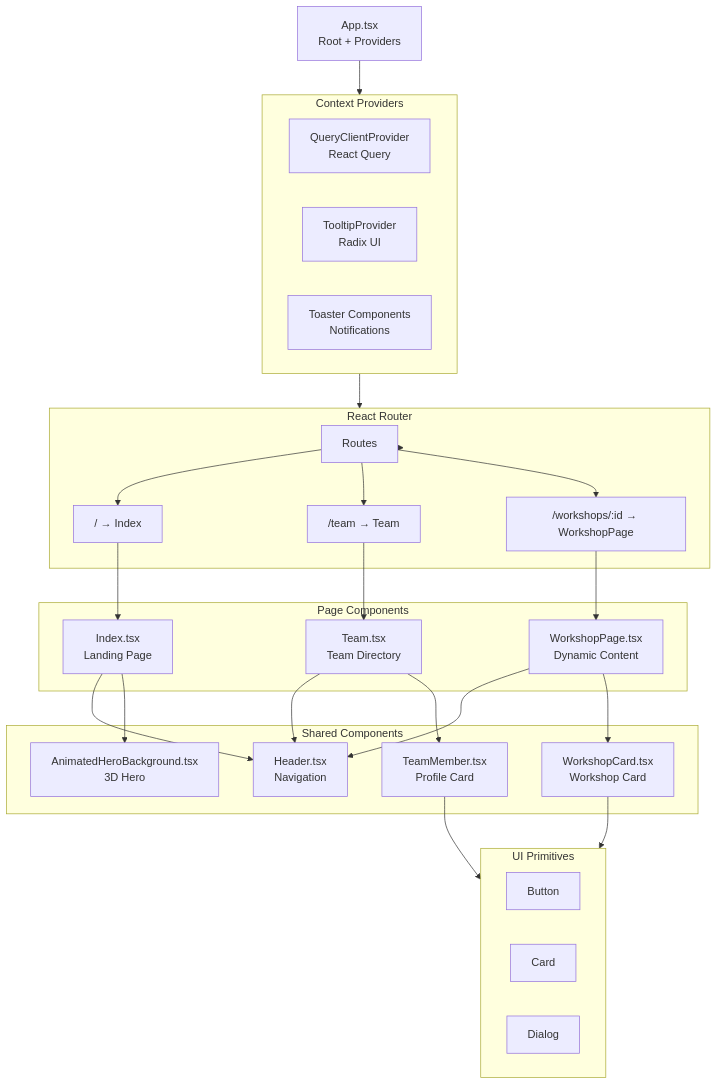
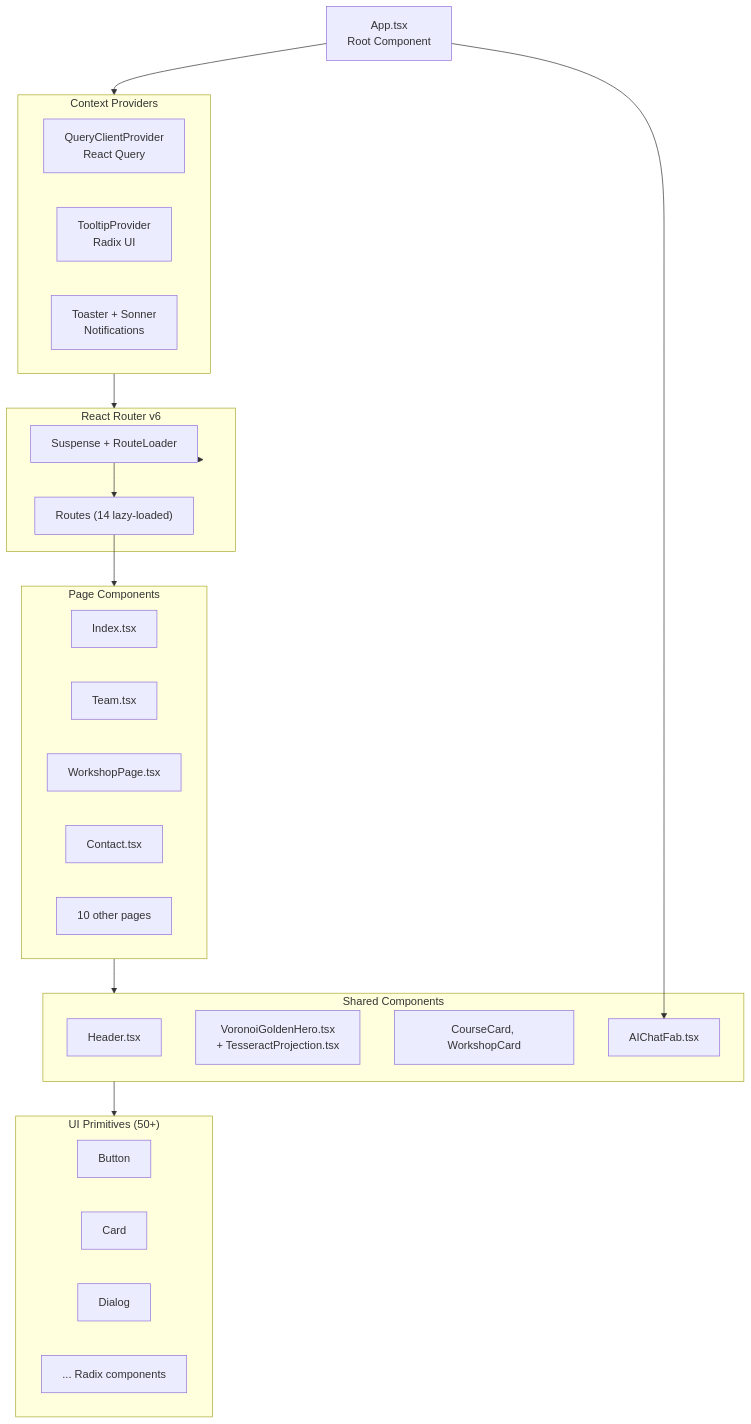
Before and after one commit to DreamLab-AI/dreamlab-ai-website: the first of 4 diagrams in docs/architecture/FRONTEND_ARCHITECTURE.md, drawn with Mermaid. The commit also changed other lines of this file and 49 other files, not shown here.

````diff
--- a/docs/architecture/FRONTEND_ARCHITECTURE.md
+++ b/docs/architecture/FRONTEND_ARCHITECTURE.md
@@ -61,54 +77,46 @@
 ```mermaid
 graph TB
-    App["App.tsx<br/>Root + Providers"]
+    App["App.tsx<br/>Root Component"]
 
     subgraph Providers["Context Providers"]
         QueryClient["QueryClientProvider<br/>React Query"]
         Tooltip["TooltipProvider<br/>Radix UI"]
-        Toaster["Toaster Components<br/>Notifications"]
+        Toaster["Toaster + Sonner<br/>Notifications"]
     end
 
-    subgraph Router["React Router"]
-        Routes["Routes"]
-        Route1["/ → Index"]
-        Route2["/team → Team"]
-        Route3["/workshops/:id → WorkshopPage"]
+    subgraph Router["React Router v6"]
+        Suspense["Suspense + RouteLoader"]
+        Routes["Routes (14 lazy-loaded)"]
     end
 
     subgraph Pages["Page Components"]
-        Index["Index.tsx<br/>Landing Page"]
-        Team["Team.tsx<br/>Team Directory"]
-        Workshop["WorkshopPage.tsx<br/>Dynamic Content"]
+        Index["Index.tsx"]
+        Team["Team.tsx"]
+        Workshop["WorkshopPage.tsx"]
+        Contact["Contact.tsx"]
+        OtherPages["10 other pages"]
     end
 
-    subgraph Components["Shared Components"]
-        Header["Header.tsx<br/>Navigation"]
-        TeamMember["TeamMember.tsx<br/>Profile Card"]
-        WorkshopCard["WorkshopCard.tsx<br/>Workshop Card"]
-        Hero["AnimatedHeroBackground.tsx<br/>3D Hero"]
+    subgraph Shared["Shared Components"]
+        Header["Header.tsx"]
+        Hero["VoronoiGoldenHero.tsx<br/>+ TesseractProjection.tsx"]
+        Cards["CourseCard, WorkshopCard"]
+        ChatFab["AIChatFab.tsx"]
     end
 
-    subgraph UI["UI Primitives"]
+    subgraph UI["UI Primitives (50+)"]
         Button["Button"]
         Card["Card"]
         Dialog["Dialog"]
+        Radix["... Radix components"]
     end
 
     App --> Providers
     Providers --> Router
-    Router --> Routes
-    Routes --> Route1
-    Routes --> Route2
-    Routes --> Route3
-    Route1 --> Index
-    Route2 --> Team
-    Route3 --> Workshop
-    Index --> Header
-    Index --> Hero
-    Team --> Header
-    Team --> TeamMember
-    Workshop --> Header
-    Workshop --> WorkshopCard
-    TeamMember --> UI
-    WorkshopCard --> UI
+    Router --> Suspense
+    Suspense --> Routes
+    Routes --> Pages
+    Pages --> Shared
+    Shared --> UI
+    App --> ChatFab
 ```
````
